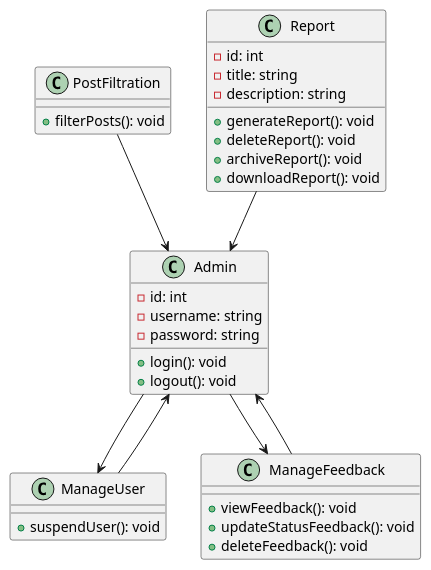
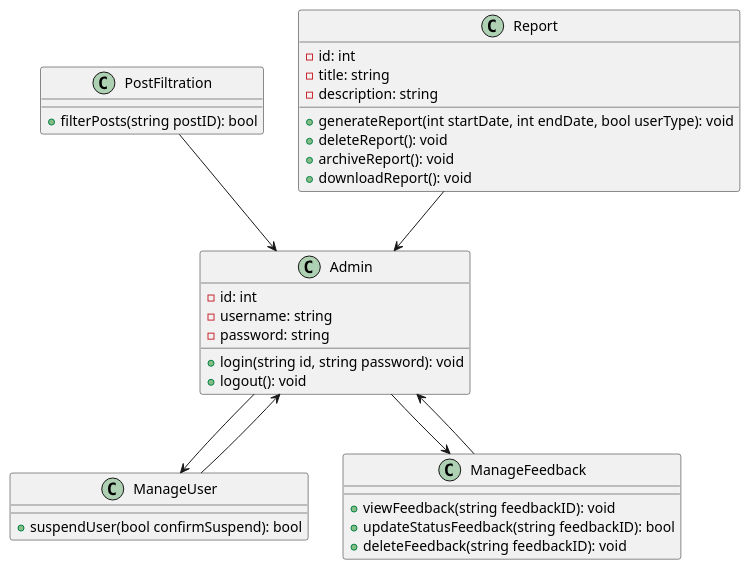
One commit to drshahizan/software-engineering changed the diagram in project/drawio/Systema/SDD/AdminReportingModuke/admin_reporting_classdiagram.plantuml. Above: the diagram before and after it, drawn with PlantUML.

```diff
--- a/project/drawio/Systema/SDD/AdminReportingModuke/admin_reporting_classdiagram.plantuml
+++ b/project/drawio/Systema/SDD/AdminReportingModuke/admin_reporting_classdiagram.plantuml
@@ -1,43 +1,43 @@
 @startuml admin_reporting_classdiagram
 class Admin {
     - id: int
     - username: string
     - password: string
-    + login(): void
+    + login(string id, string password): void
     + logout(): void
   }
 
   class ManageUser {
-    + suspendUser(): void
+    + suspendUser(bool confirmSuspend): bool
   }
 
   class ManageFeedback {
-    + viewFeedback(): void
-    + updateStatusFeedback(): void
-    + deleteFeedback(): void
+    + viewFeedback(string feedbackID): void
+    + updateStatusFeedback(string feedbackID): bool
+    + deleteFeedback(string feedbackID): void
   }
 
 
 
   class PostFiltration {
-    + filterPosts(): void
+    + filterPosts(string postID): bool
   }
 
   class Report {
     - id: int
     - title: string
     - description: string
-    + generateReport(): void
+    + generateReport(int startDate, int endDate, bool userType): void
     + deleteReport(): void
     + archiveReport(): void
     + downloadReport(): void
   }
 
 
 Admin --> ManageUser
 Admin --> ManageFeedback
 ManageUser --> Admin
 ManageFeedback --> Admin
 PostFiltration --> Admin
 Report --> Admin
 @enduml 
```
